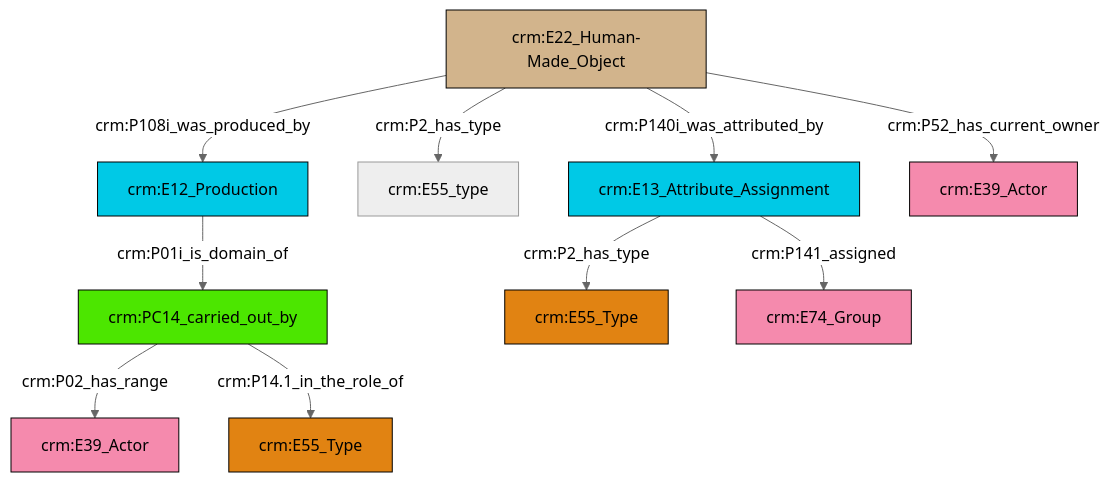
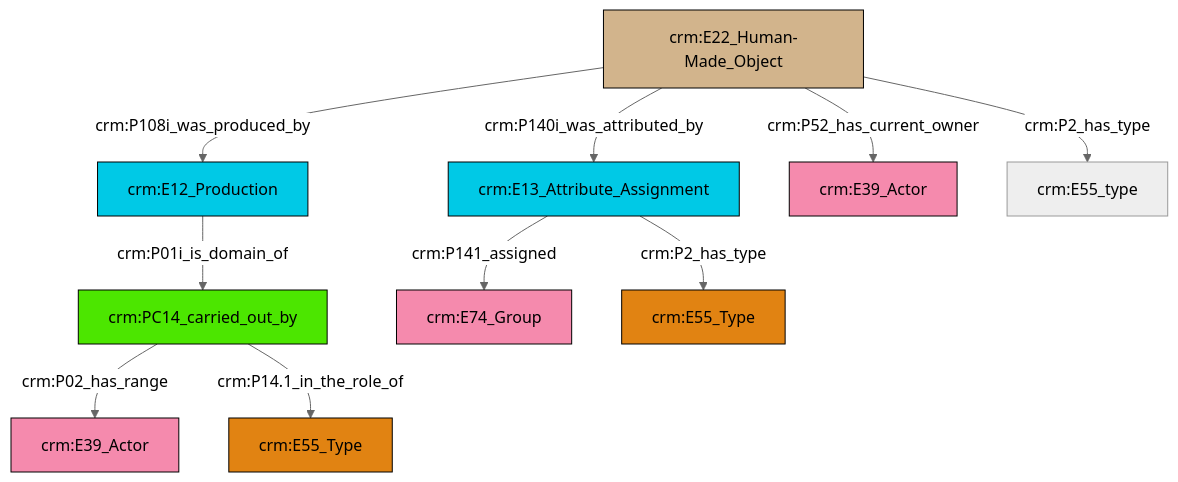
The diagram in et/builtWorkCSV/ttl/mmd/Built_Work_actor_relations.ttl.mmd (swiss-art-research-net/reference-data-models), drawn with Mermaid (neutral theme) before and after one commit. The commit also changed 128 other files, not shown here.

```diff
--- a/et/builtWorkCSV/ttl/mmd/Built_Work_actor_relations.ttl.mmd
+++ b/et/builtWorkCSV/ttl/mmd/Built_Work_actor_relations.ttl.mmd
@@ -1,24 +1,24 @@
 graph TD
 classDef Literal fill:#f2f2f2,stroke:#000000;
 classDef CRM_Entity fill:#FFFFFF,stroke:#000000;
 classDef Temporal_Entity fill:#00C9E6, stroke:#000000;
 classDef Type fill:#E18312, stroke:#000000;
 classDef Time-Span fill:#2C9C91, stroke:#000000;
 classDef Appellation fill:#FFEB7F, stroke:#000000;
 classDef Place fill:#008836, stroke:#000000;
 classDef Persistent_Item fill:#B266B2, stroke:#000000;
 classDef Conceptual_Object fill:#FFD700, stroke:#000000;
 classDef Physical_Thing fill:#D2B48C, stroke:#000000;
 classDef Actor fill:#f58aad, stroke:#000000;
 classDef PC_Classes fill:#4ce600, stroke:#000000;
 classDef Multi fill:#cccccc,stroke:#000000;
 
-4["crm:E22_Human-Made_Object"]:::Physical_Thing -->|crm:P2_has_type| 5["crm:E55_type"]:::Default
-13["crm:E13_Attribute_Assignment"]:::Temporal_Entity -->|crm:P2_has_type| 11["crm:E55_Type"]:::Type
-9["crm:PC14_carried_out_by"]:::PC_Classes -->|crm:P02_has_range| 6["crm:E39_Actor"]:::Actor
-4["crm:E22_Human-Made_Object"]:::Physical_Thing -->|crm:P52_has_current_owner| 14["crm:E39_Actor"]:::Actor
-2["crm:E12_Production"]:::Temporal_Entity -->|crm:P01i_is_domain_of| 9["crm:PC14_carried_out_by"]:::PC_Classes
-9["crm:PC14_carried_out_by"]:::PC_Classes -->|crm:P14.1_in_the_role_of| 0["crm:E55_Type"]:::Type
-4["crm:E22_Human-Made_Object"]:::Physical_Thing -->|crm:P108i_was_produced_by| 2["crm:E12_Production"]:::Temporal_Entity
-13["crm:E13_Attribute_Assignment"]:::Temporal_Entity -->|crm:P141_assigned| 17["crm:E74_Group"]:::Actor
-4["crm:E22_Human-Made_Object"]:::Physical_Thing -->|crm:P140i_was_attributed_by| 13["crm:E13_Attribute_Assignment"]:::Temporal_Entity
+0["crm:E12_Production"]:::Temporal_Entity -->|crm:P01i_is_domain_of| 1["crm:PC14_carried_out_by"]:::PC_Classes
+2["crm:E13_Attribute_Assignment"]:::Temporal_Entity -->|crm:P141_assigned| 3["crm:E74_Group"]:::Actor
+10["crm:E22_Human-Made_Object"]:::Physical_Thing -->|crm:P140i_was_attributed_by| 2["crm:E13_Attribute_Assignment"]:::Temporal_Entity
+2["crm:E13_Attribute_Assignment"]:::Temporal_Entity -->|crm:P2_has_type| 7["crm:E55_Type"]:::Type
+1["crm:PC14_carried_out_by"]:::PC_Classes -->|crm:P02_has_range| 12["crm:E39_Actor"]:::Actor
+10["crm:E22_Human-Made_Object"]:::Physical_Thing -->|crm:P2_has_type| 17["crm:E55_type"]:::Default
+10["crm:E22_Human-Made_Object"]:::Physical_Thing -->|crm:P52_has_current_owner| 5["crm:E39_Actor"]:::Actor
+1["crm:PC14_carried_out_by"]:::PC_Classes -->|crm:P14.1_in_the_role_of| 18["crm:E55_Type"]:::Type
+10["crm:E22_Human-Made_Object"]:::Physical_Thing -->|crm:P108i_was_produced_by| 0["crm:E12_Production"]:::Temporal_Entity
```
